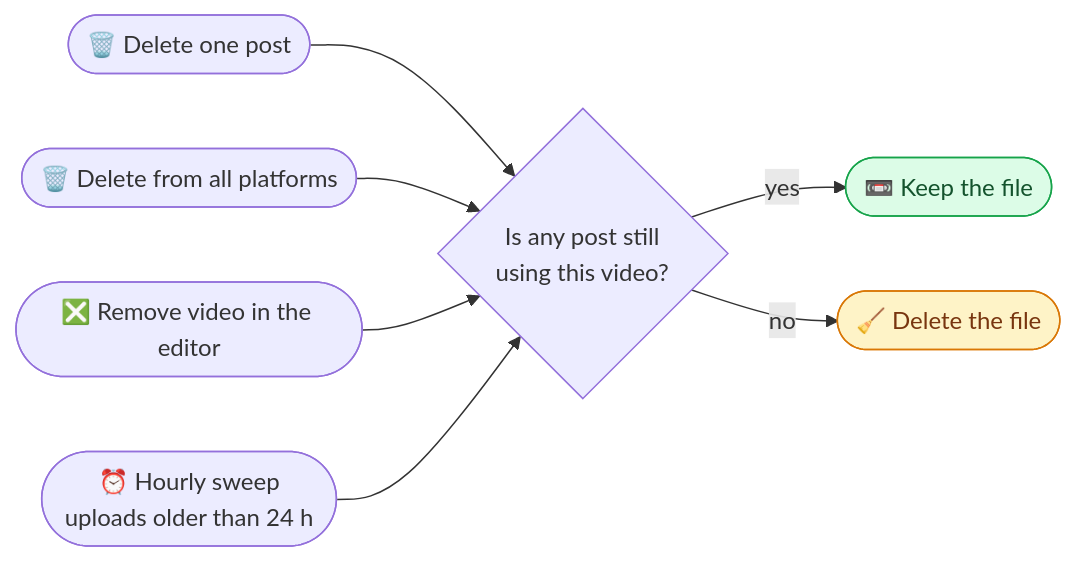
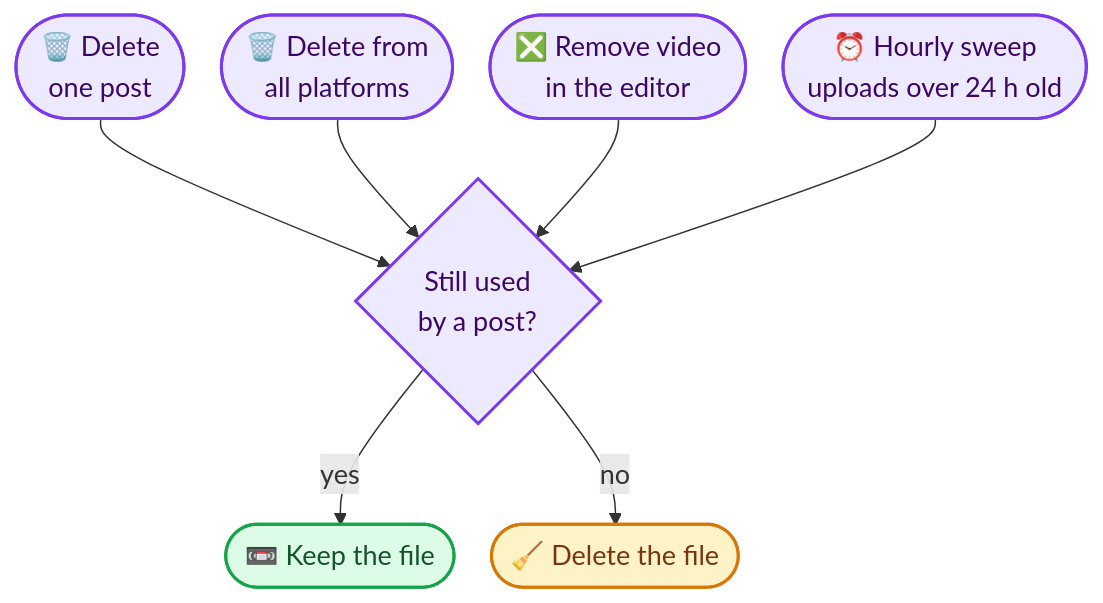
The ninth of 12 diagrams in README.md (anurag-joshi-1403/Social_Sync_Webapp), drawn with Mermaid before and after one commit. The commit also changed other lines of this file, not shown here.

Commit message:
docs: update README to enhance architecture and system overview sections

````diff
--- a/README.md
+++ b/README.md
@@ -349,15 +397,15 @@
 ```mermaid
-flowchart LR
-    D1(["🗑️ Delete one post"]) --> Q
-    D2(["🗑️ Delete from all platforms"]) --> Q
-    D3(["❎ Remove video in the editor"]) --> Q
-    D4(["⏰ Hourly sweep<br/>uploads older than 24 h"]) --> Q
-    Q{"Is any post still<br/>using this video?"}
+%%{init: {"themeVariables": {"fontSize": "18px"}, "flowchart": {"wrappingWidth": 360, "nodeSpacing": 25, "rankSpacing": 40}}}%%
+flowchart TD
+    D1(["🗑️ Delete<br/>one post"]) & D2(["🗑️ Delete from<br/>all platforms"]) & D3(["❎ Remove video<br/>in the editor"]) & D4(["⏰ Hourly sweep<br/>uploads over 24 h old"]) --> Q
+    Q{"Still used<br/>by a post?"}
     Q -- "yes" --> K(["📼 Keep the file"])
     Q -- "no" --> R(["🧹 Delete the file"])
 
-    classDef ok fill:#DCFCE7,stroke:#16A34A,color:#14532D
-    classDef warn fill:#FEF3C7,stroke:#D97706,color:#78350F
+    classDef step fill:#EDE9FE,stroke:#7C3AED,stroke-width:2px,color:#3B0764
+    classDef ok fill:#DCFCE7,stroke:#16A34A,stroke-width:2px,color:#14532D
+    classDef warn fill:#FEF3C7,stroke:#D97706,stroke-width:2px,color:#78350F
+    class D1,D2,D3,D4,Q step
     class K ok
     class R warn
 ```
````
